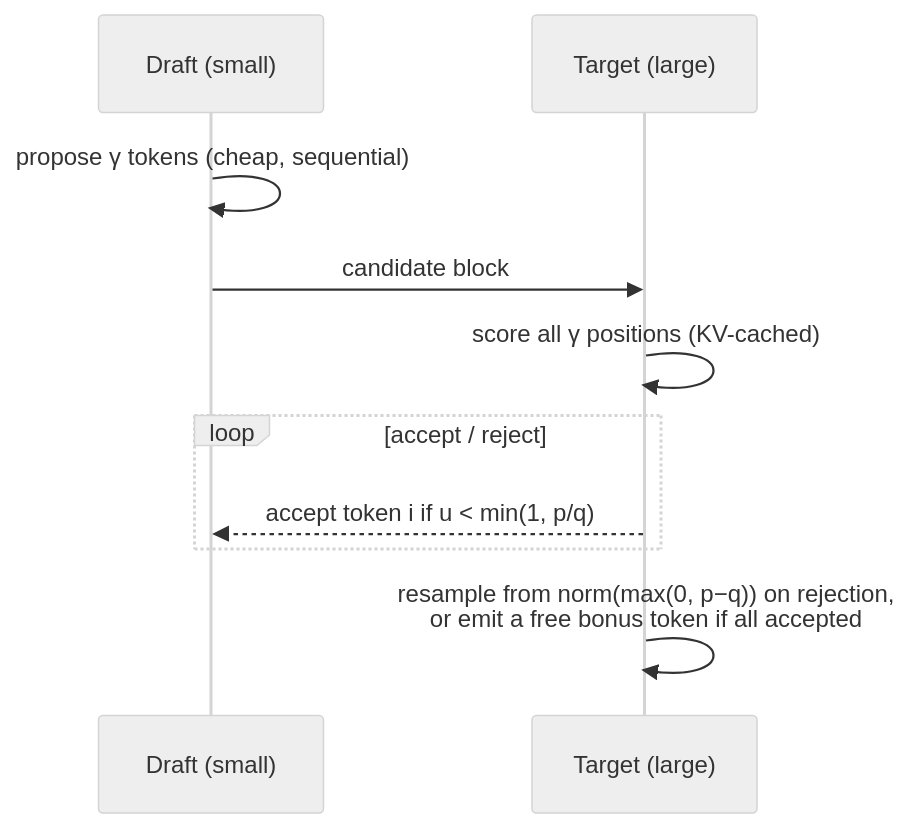
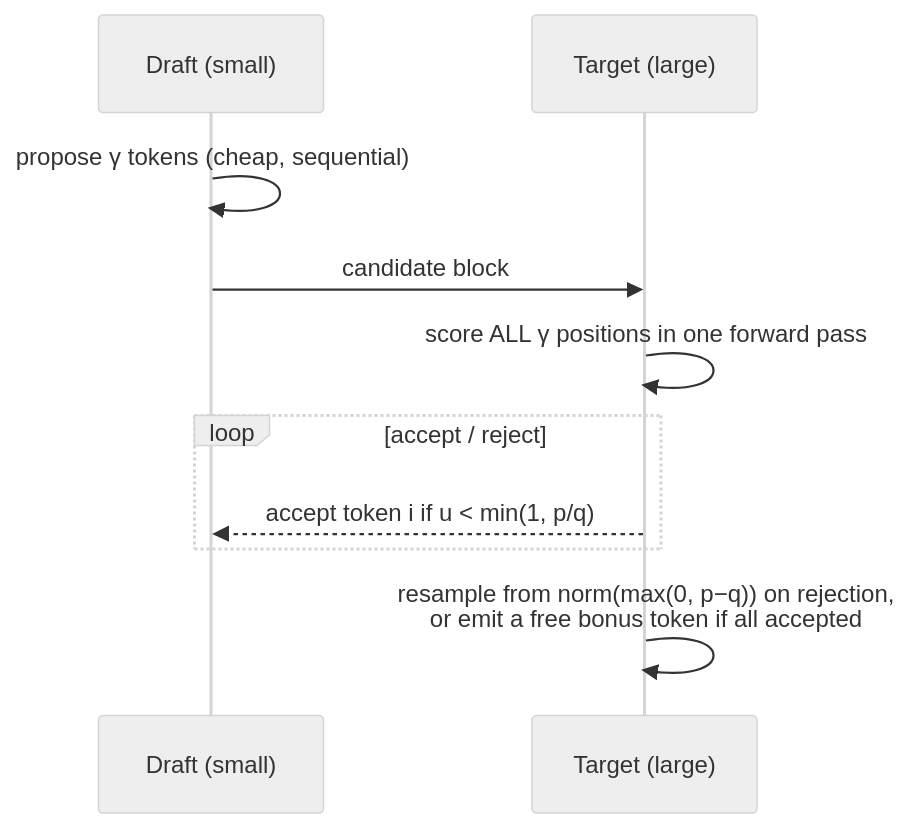
Before and after one commit to lei080359-byte/AgentSpec: the second of 2 diagrams in README.md, drawn with Mermaid (neutral theme). The commit also changed other lines of this file and 5 other files, not shown here.

````diff
--- a/README.md
+++ b/README.md
@@ -48,12 +48,12 @@
 ```mermaid
 sequenceDiagram
     participant D as Draft (small)
     participant V as Target (large)
     D->>D: propose γ tokens (cheap, sequential)
     D->>V: candidate block
-    V->>V: score all γ positions (KV-cached)
+    V->>V: score ALL γ positions in one forward pass
     loop accept / reject
         V-->>D: accept token i if u < min(1, p/q)
     end
     V->>V: resample from norm(max(0, p−q)) on rejection,<br/>or emit a free bonus token if all accepted
 ```
````
